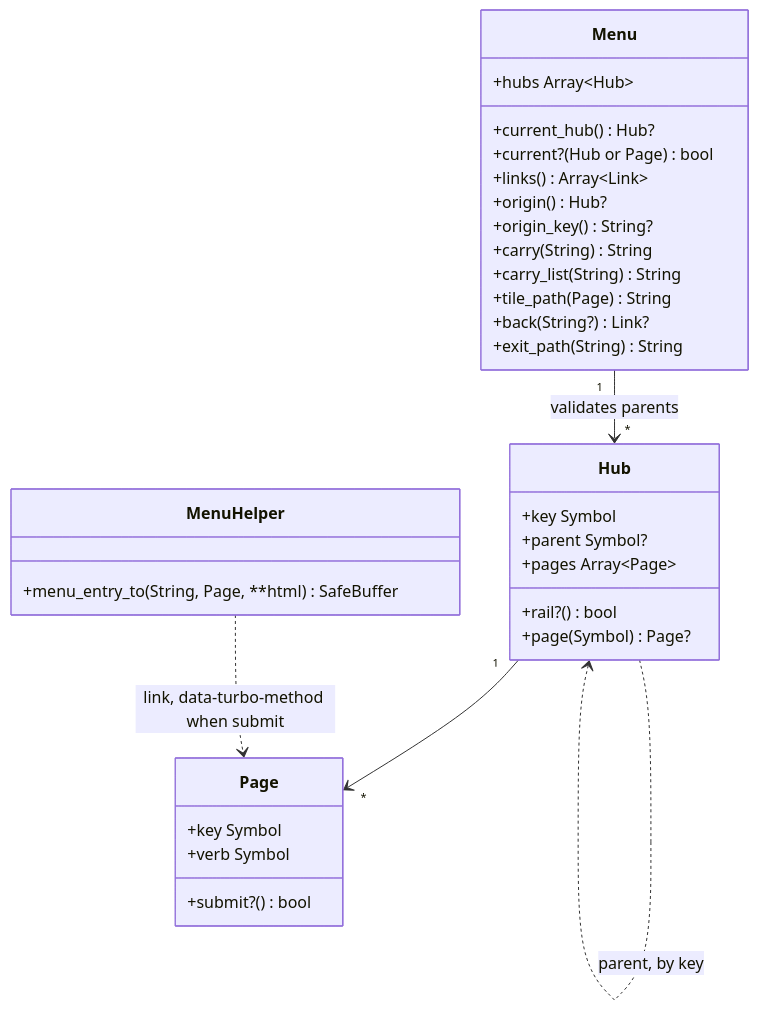
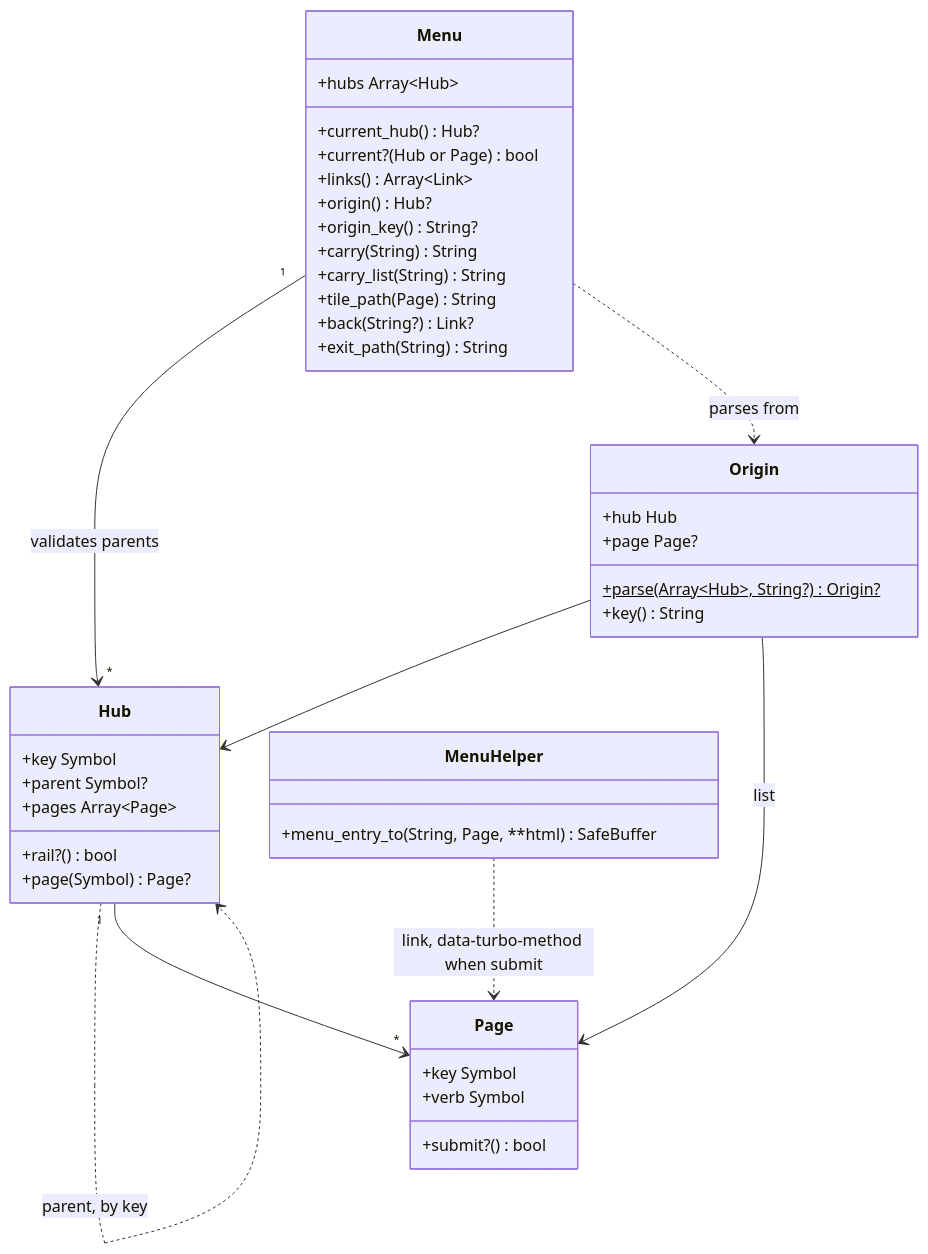
The second of 3 diagrams in docs/changes/hub-parents-and-submit-pages/plan.md (eirvandelden/appkit), drawn with Mermaid before and after one commit. The commit also changed other lines of this file, not shown here.

Commit message:
docs: sign Appkit::Menu::Origin and the Menu size in the plan

````diff
--- a/docs/changes/hub-parents-and-submit-pages/plan.md
+++ b/docs/changes/hub-parents-and-submit-pages/plan.md
@@ -56,35 +56,44 @@
 ```mermaid
 classDiagram
   class Menu {
     +hubs Array~Hub~
     +current_hub() Hub?
     +current?(Hub or Page) bool
     +links() Array~Link~
     +origin() Hub?
     +origin_key() String?
     +carry(String) String
     +carry_list(String) String
     +tile_path(Page) String
     +back(String?) Link?
     +exit_path(String) String
   }
   class Hub {
     +key Symbol
     +parent Symbol?
     +rail?() bool
     +pages Array~Page~
     +page(Symbol) Page?
   }
   class Page {
     +key Symbol
     +verb Symbol
     +submit?() bool
   }
   class MenuHelper {
     +menu_entry_to(String, Page, **html) SafeBuffer
   }
+  class Origin {
+    +parse(Array~Hub~, String?)$ Origin?
+    +hub Hub
+    +page Page?
+    +key() String
+  }
   Menu "1" --> "*" Hub : validates parents
+  Menu ..> Origin : parses from
+  Origin --> Hub
+  Origin --> Page : list
   Hub ..> Hub : parent, by key
   Hub "1" --> "*" Page
   MenuHelper ..> Page : link, data-turbo-method when submit
 ```
````
